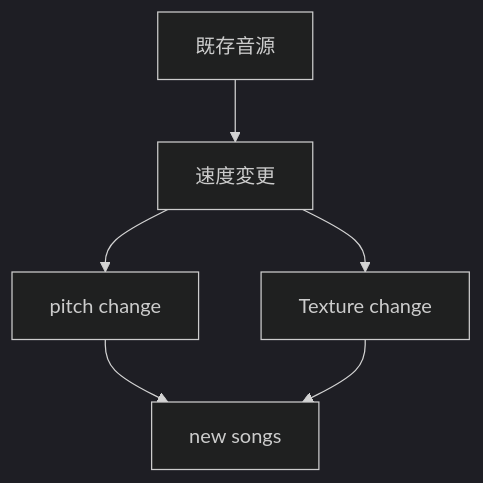
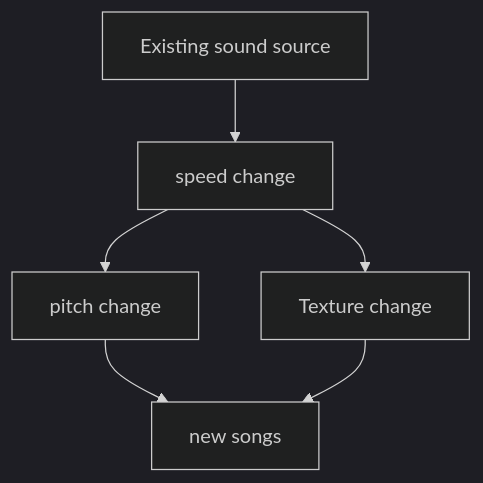
One commit to monumental-movement/monumental-movement.github.io changed the third of 5 diagrams in en/_posts/2026-04-25-column-neu.md. Above: the diagram before and after it, drawn with Mermaid (dark theme). The commit also changed other lines of this file and 851 other files, not shown here.

```diff
--- a/en/_posts/2026-04-25-column-neu.md
+++ b/en/_posts/2026-04-25-column-neu.md
@@ -108,8 +108,8 @@
 <div class="mermaid">
 graph TD
-A[既存音源] --> B[速度変更]
+A[Existing sound source] --> B[speed change]
 B --> C[pitch change]
 B --> D[Texture change]
 C --> E[new songs]
 D --> E
 </div>
```
